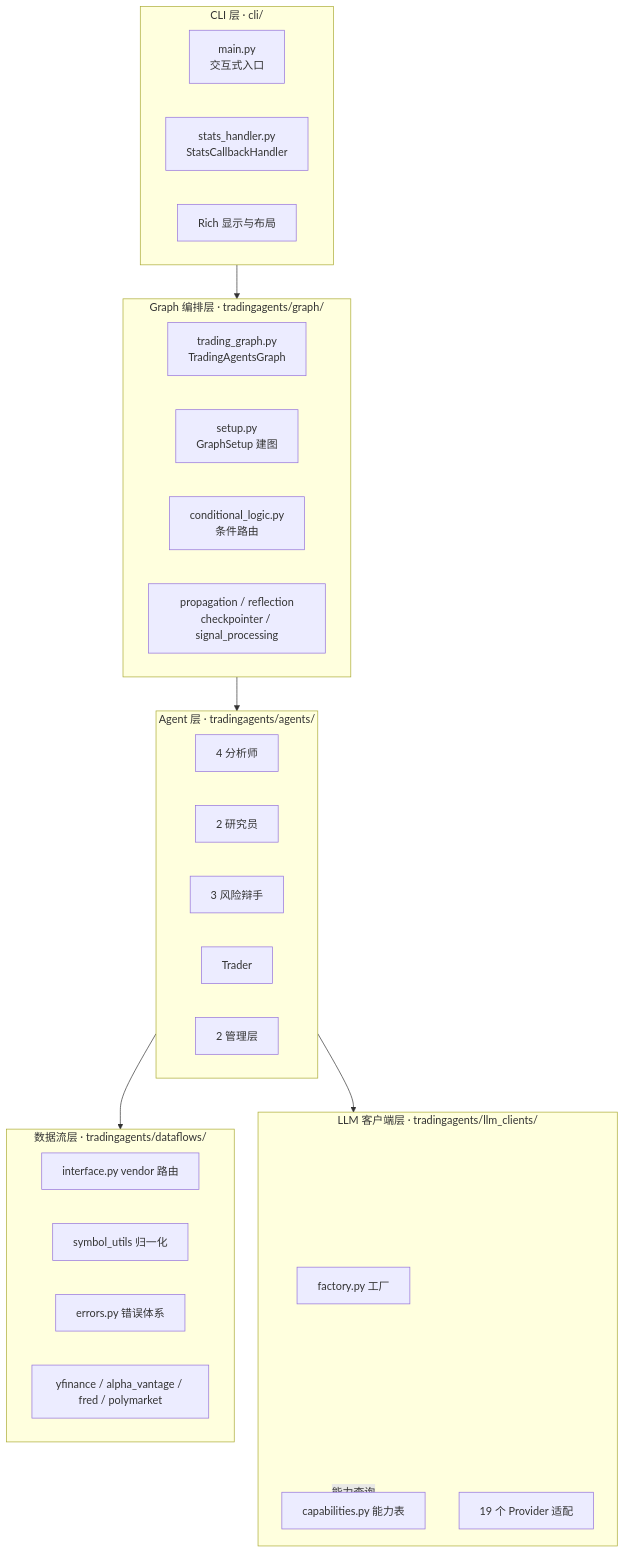
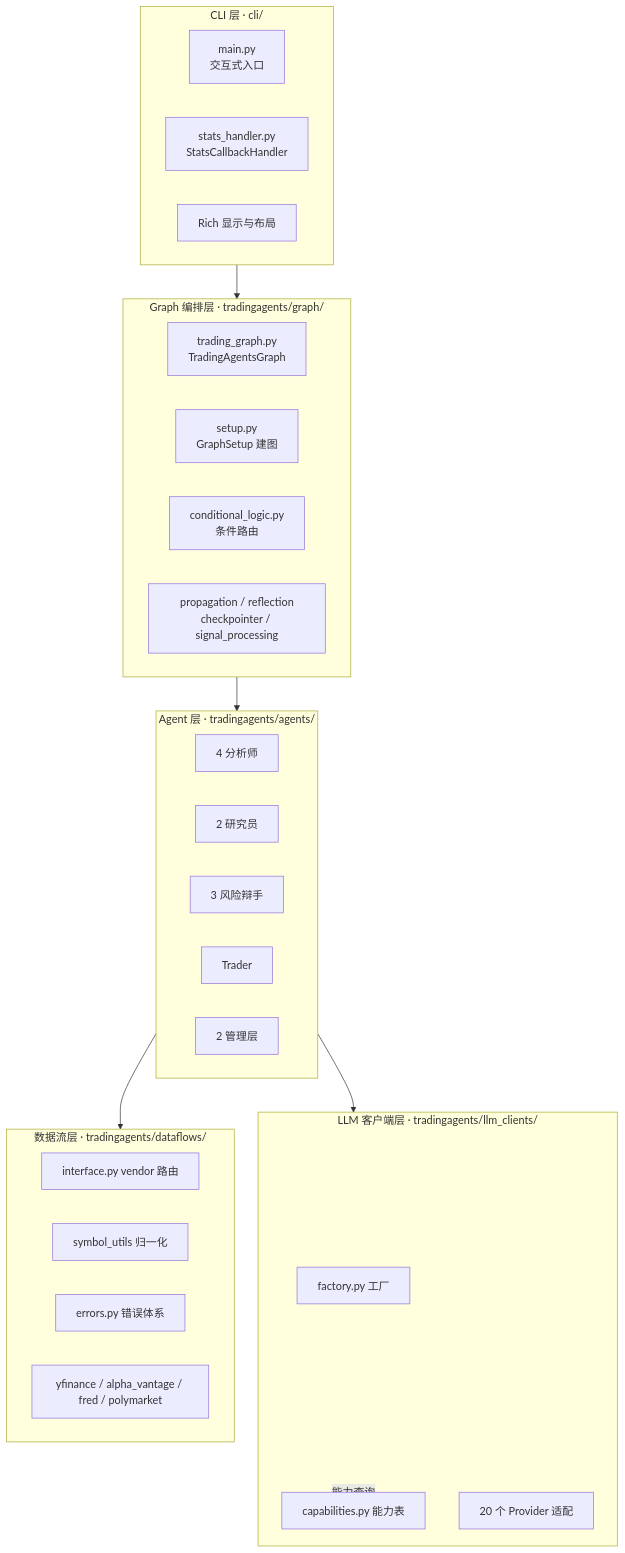
The first of 5 diagrams in docs/cn/03-architecture/overview.md (A1pha3/TradingAgents), drawn with Mermaid before and after one commit. The commit also changed other lines of this file and 14 other files, not shown here.

````diff
--- a/docs/cn/03-architecture/overview.md
+++ b/docs/cn/03-architecture/overview.md
@@ -21,37 +21,37 @@
 ```mermaid
 flowchart TD
     subgraph L1["CLI 层 · cli/"]
         C1["main.py<br/>交互式入口"]
         C2["stats_handler.py<br/>StatsCallbackHandler"]
         C3["Rich 显示与布局"]
     end
     subgraph L2["Graph 编排层 · tradingagents/graph/"]
         G1["trading_graph.py<br/>TradingAgentsGraph"]
         G2["setup.py<br/>GraphSetup 建图"]
         G3["conditional_logic.py<br/>条件路由"]
         G4["propagation / reflection<br/>checkpointer / signal_processing"]
     end
     subgraph L3["Agent 层 · tradingagents/agents/"]
         A1["4 分析师"]
         A2["2 研究员"]
         A3["3 风险辩手"]
         A4["Trader"]
         A5["2 管理层"]
     end
     subgraph L4["LLM 客户端层 · tradingagents/llm_clients/"]
         LL1["factory.py 工厂"]
         LL2["capabilities.py 能力表"]
-        LL3["19 个 Provider 适配"]
+        LL3["20 个 Provider 适配"]
     end
     subgraph L5["数据流层 · tradingagents/dataflows/"]
         D1["interface.py vendor 路由"]
         D2["symbol_utils 归一化"]
         D3["errors.py 错误体系"]
         D4["yfinance / alpha_vantage / fred / polymarket"]
     end
 
     L1 --> L2 --> L3
     L3 --> L4
     L3 --> L5
     L4 -.能力查询.-> LL2
 ```
````
